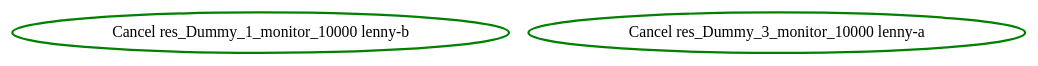
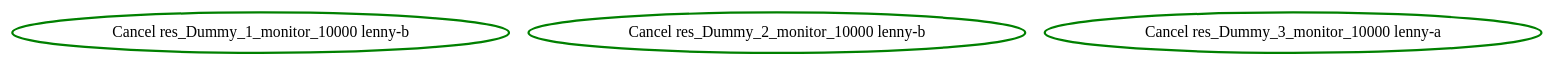
Before and after one commit to ClusterLabs/pacemaker: the diagram in cts/scheduler/coloc-negative-group.dot, drawn with Graphviz. The commit also changed 9 other files, not shown here.

```diff
--- a/cts/scheduler/coloc-negative-group.dot
+++ b/cts/scheduler/coloc-negative-group.dot
@@ -1,4 +1,5 @@
 digraph "g" {
 "Cancel res_Dummy_1_monitor_10000 lenny-b" [ style=bold color="green" fontcolor="black" ]
+"Cancel res_Dummy_2_monitor_10000 lenny-b" [ style=bold color="green" fontcolor="black"]
 "Cancel res_Dummy_3_monitor_10000 lenny-a" [ style=bold color="green" fontcolor="black" ]
 }
```
